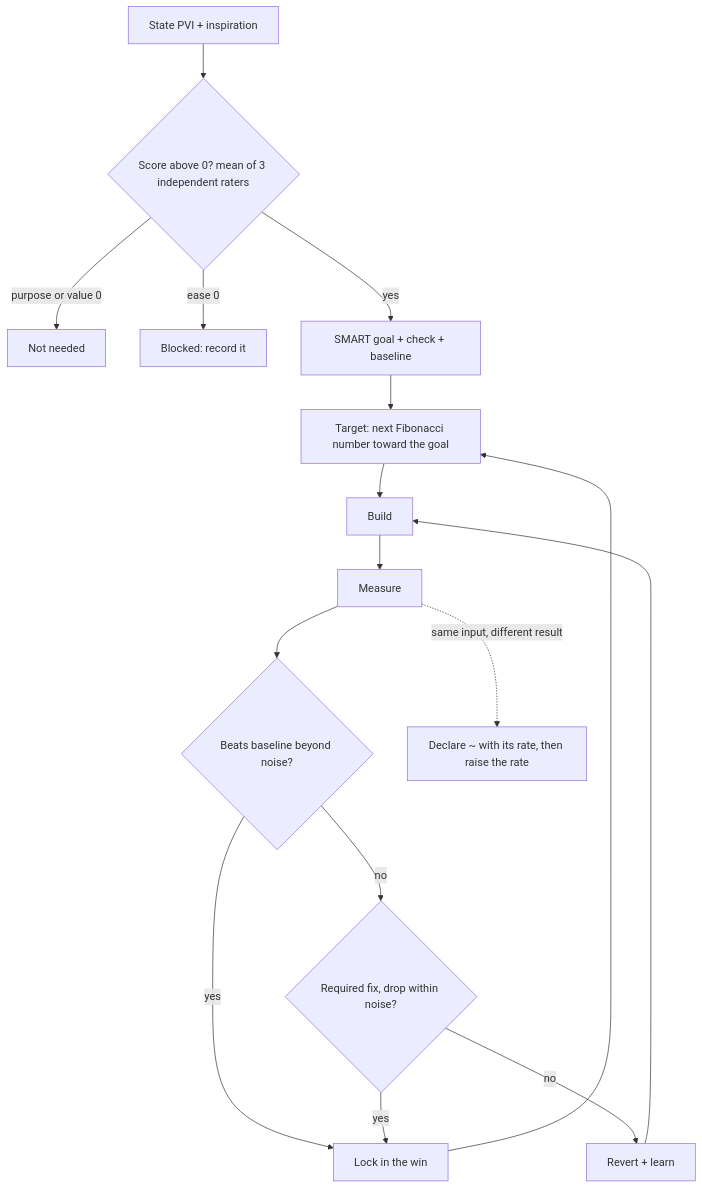
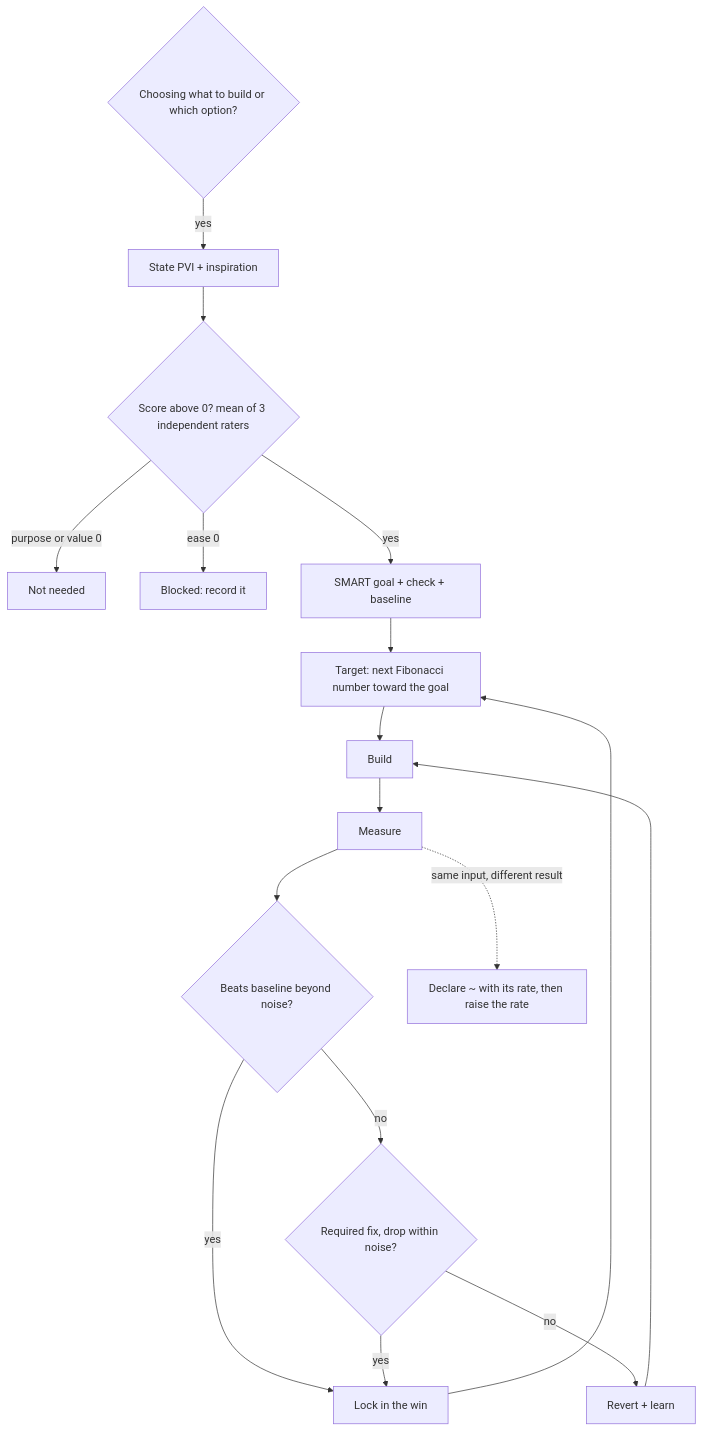
The seventh of 14 diagrams in AGENTS.md (SolenixAI/arbiter), drawn with Mermaid before and after one commit. The commit also changed other lines of this file, not shown here.

First line of the commit message:
docs(agents): reverse chronology from now; OKF as the trust framework; score when choosing

````diff
--- a/AGENTS.md
+++ b/AGENTS.md
@@ -300,14 +303,14 @@
 ```mermaid
 flowchart TD
-  PV[State PVI + inspiration] --> S{Score above 0? mean of 3 independent raters}
+  CH{Choosing what to build or which option?} -->|yes| PV[State PVI + inspiration] --> S{Score above 0? mean of 3 independent raters}
   S -->|purpose or value 0| N[Not needed]
   S -->|ease 0| B[Blocked: record it]
   S -->|yes| G[SMART goal + check + baseline]
   G --> T[Target: next Fibonacci number toward the goal] --> BU[Build] --> M[Measure]
   M --> K{Beats baseline beyond noise?}
   K -->|yes| L[Lock in the win] --> T
   K -->|no| RF{Required fix, drop within noise?}
   RF -->|yes| L
   RF -->|no| R[Revert + learn] --> BU
   M -.->|same input, different result| Z["Declare ~ with its rate, then raise the rate"]
 ```
````
